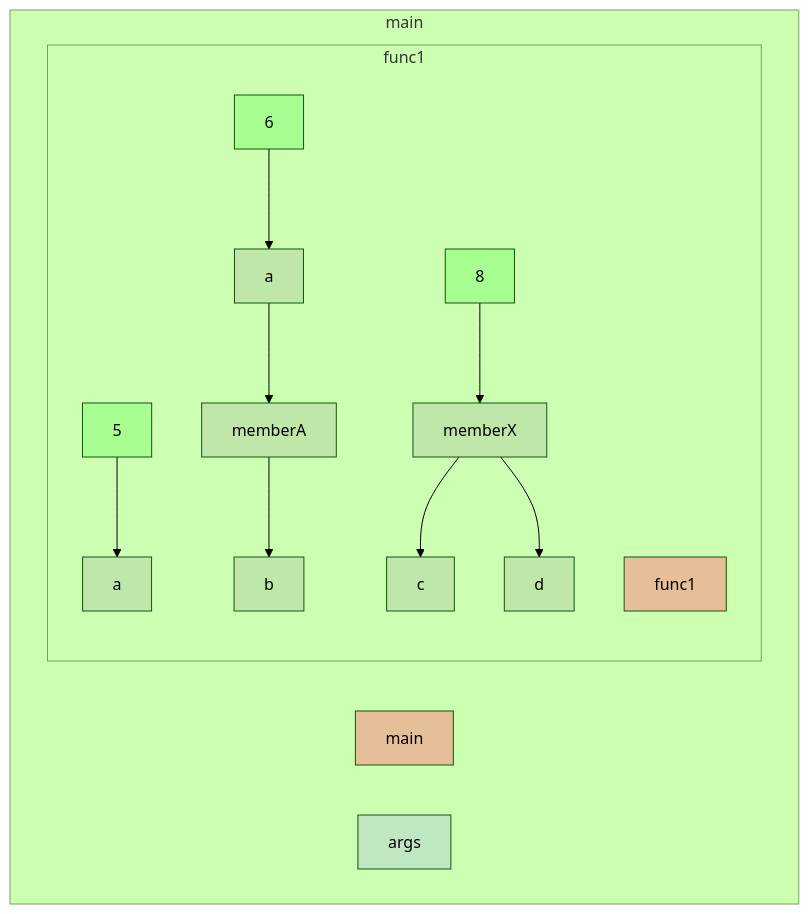
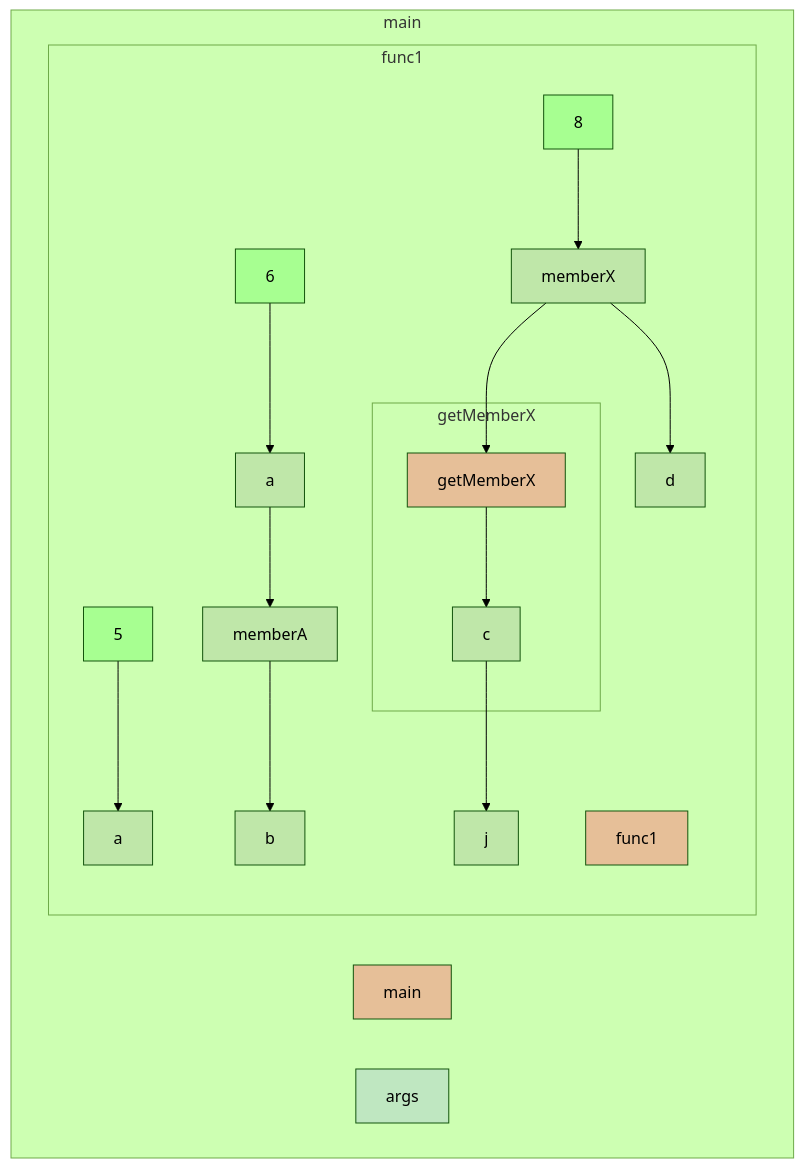
One commit to gstiebler/codeflow changed the diagram in app/src/test/resources/member/truth.md. Above: the diagram before and after it, drawn with Mermaid (forest theme). The commit also changed 10 other files, not shown here.

````diff
--- a/app/src/test/resources/member/truth.md
+++ b/app/src/test/resources/member/truth.md
@@ -1,31 +1,37 @@
 ```mermaid
 flowchart TD
   subgraph 4308940["main"]
     56996632[main]:::RETURN
-    1296547892[args]:::FUNC_PARAM
-    subgraph 4319670["func1"]
-      495551260[5]:::LITERAL
-      495555187[a]:::VARIABLE
-      495555612[6]:::LITERAL
-      495565608[b]:::VARIABLE
-      495595528[8]:::LITERAL
-      495606085[c]:::VARIABLE
-      495622286[d]:::VARIABLE
-      1662727490[func1]:::RETURN
-      16626545736[memberA]:::VARIABLE
-      16626578784[memberX]:::VARIABLE
-      495551260[5]:::LITERAL --> 495549696[a]:::VARIABLE
-      495555187[a]:::VARIABLE --> 16626545736[memberA]:::VARIABLE
-      495555612[6]:::LITERAL --> 495555187[a]:::VARIABLE
-      495595528[8]:::LITERAL --> 16626578784[memberX]:::VARIABLE
-      16626545736[memberA]:::VARIABLE --> 495565608[b]:::VARIABLE
-      16626578784[memberX]:::VARIABLE --> 495606085[c]:::VARIABLE
-      16626578784[memberX]:::VARIABLE --> 495622286[d]:::VARIABLE
+    1296565521[args]:::FUNC_PARAM
+    subgraph 4321927["func1"]
+      495569748[5]:::LITERAL
+      495573675[a]:::VARIABLE
+      495574100[6]:::LITERAL
+      495584096[b]:::VARIABLE
+      495614016[8]:::LITERAL
+      495634110[c]:::VARIABLE
+      495651756[d]:::VARIABLE
+      495659950[j]:::VARIABLE
+      1662745119[func1]:::RETURN
+      16626564224[memberA]:::VARIABLE
+      16626597272[memberX]:::VARIABLE
+      495569748[5]:::LITERAL --> 495568184[a]:::VARIABLE
+      495573675[a]:::VARIABLE --> 16626564224[memberA]:::VARIABLE
+      495574100[6]:::LITERAL --> 495573675[a]:::VARIABLE
+      495614016[8]:::LITERAL --> 16626597272[memberX]:::VARIABLE
+      495634110[c]:::VARIABLE --> 495659950[j]:::VARIABLE
+      16626564224[memberA]:::VARIABLE --> 495584096[b]:::VARIABLE
+      16626597272[memberX]:::VARIABLE --> 34253249147[getMemberX]:::RETURN
+      16626597272[memberX]:::VARIABLE --> 495651756[d]:::VARIABLE
+      subgraph 4332694["getMemberX"]
+        34253249147[getMemberX]:::RETURN
+        34253249147[getMemberX]:::RETURN --> 495634110[c]:::VARIABLE
+      end
     end
   end
   classDef LITERAL fill:#00FF0030
   classDef VARIABLE fill:#80808030
   classDef BIN_OP fill:#80808080
   classDef FUNC_PARAM fill:#8080FF30
   classDef RETURN fill:#FF808080
 ```
````
